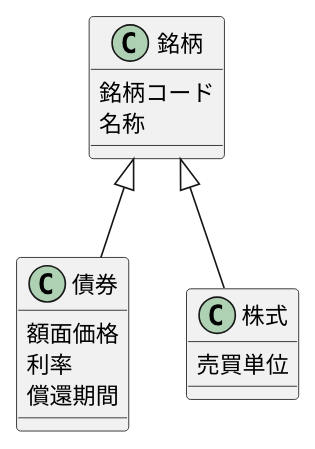
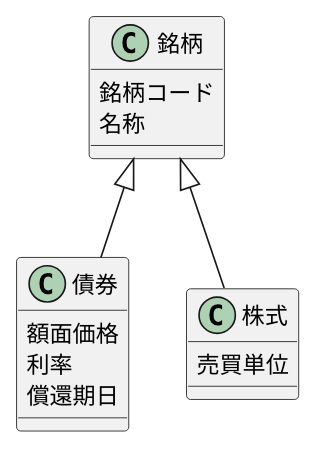
The diagram in ch02/excercise/2-4.puml (yinm/uml-modeling-lesson), drawn with PlantUML before and after one commit. The commit also changed 3 other files, not shown here.

```diff
--- a/ch02/excercise/2-4.puml
+++ b/ch02/excercise/2-4.puml
@@ -1,21 +1,21 @@
 @startuml
 
 class 銘柄 {
   銘柄コード
   名称
 }
 
 class 債券 {
   額面価格
   利率
-  償還期間
+  償還期日
 }
 
 class 株式 {
   売買単位
 }
 
 銘柄 <|-- 債券
 銘柄 <|-- 株式
 
 @enduml
```
